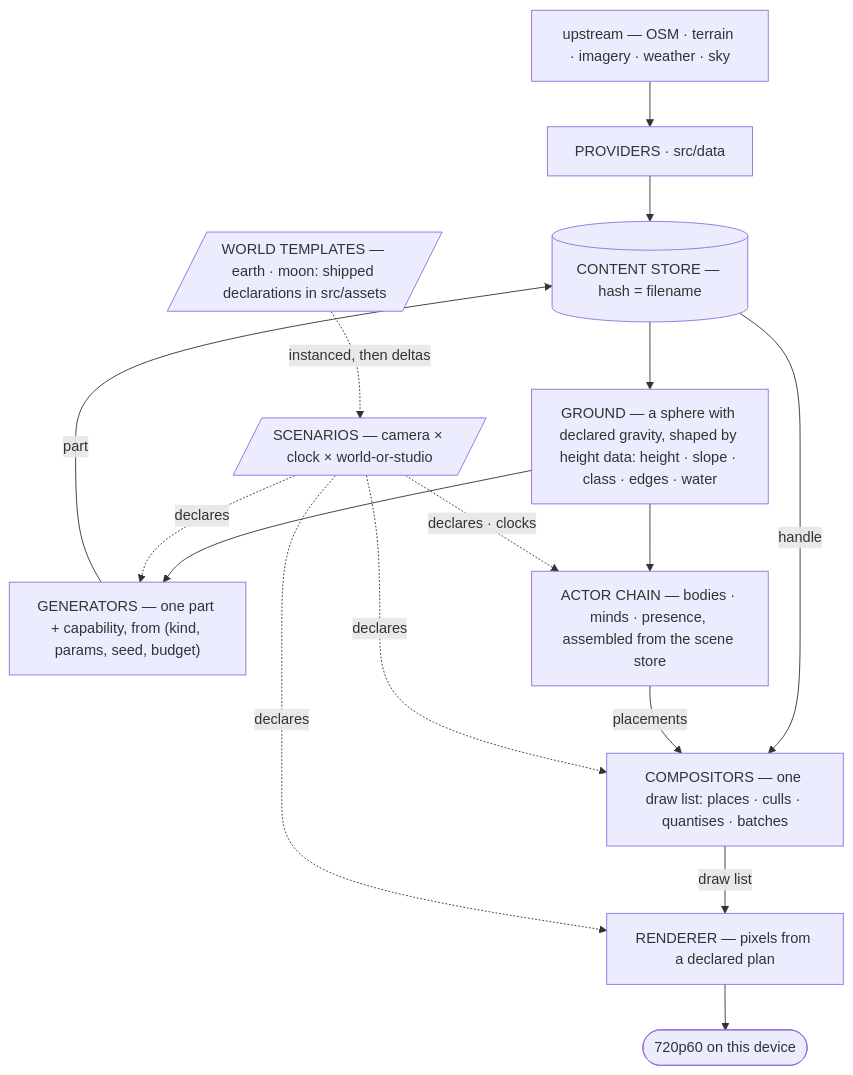
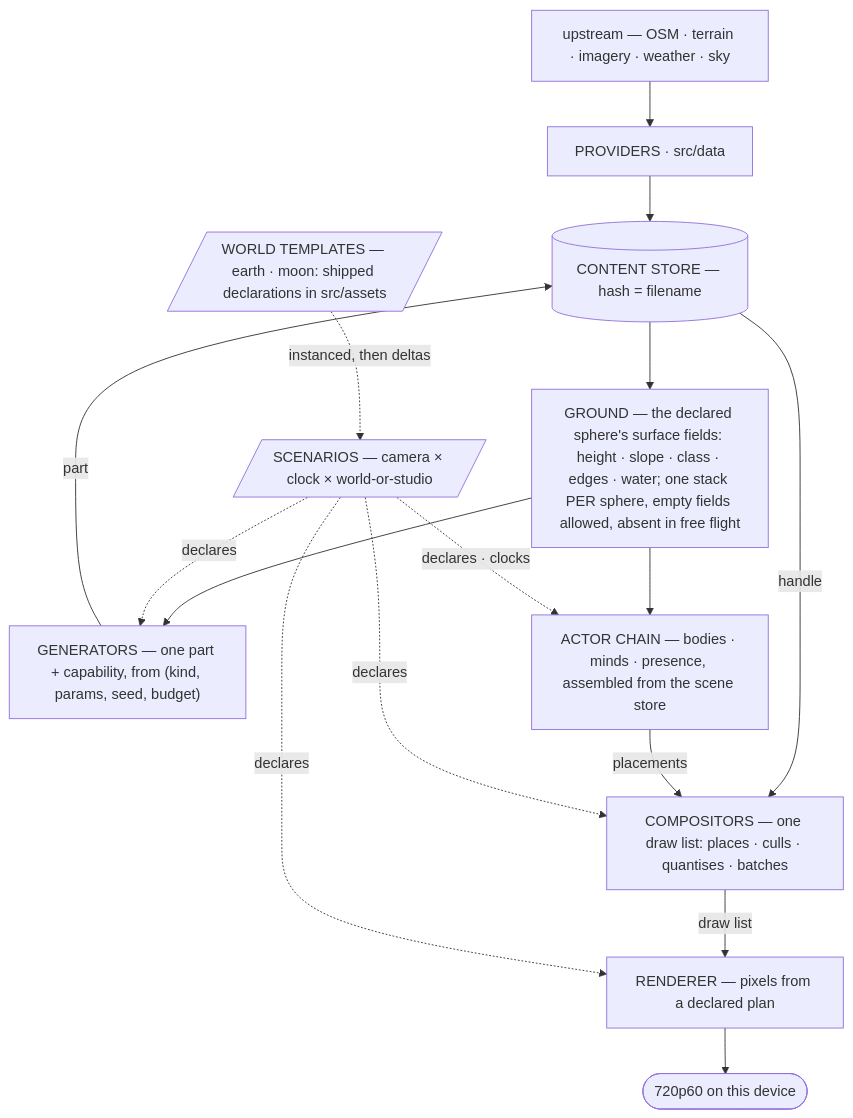
The first of 11 diagrams in CLAUDE.md (Weichwolf/outshine), drawn with Mermaid before and after one commit. The commit also changed other lines of this file, not shown here.

Commit message:
CLAUDE.md: GROUND is no planet -- the surface-field stack of whichever sphere is declared, per sphere, empty-capable, absent in free flight

````diff
--- a/CLAUDE.md
+++ b/CLAUDE.md
@@ -23,21 +23,21 @@
 ```mermaid
 flowchart TD
   upstream["upstream — OSM · terrain · imagery · weather · sky"]
   providers["PROVIDERS · src/data"]
   store[("CONTENT STORE — hash = filename")]
-  field["GROUND — a sphere with declared gravity, shaped by height data: height · slope · class · edges · water"]
+  field["GROUND — the declared sphere's surface fields: height · slope · class · edges · water; one stack PER sphere, empty fields allowed, absent in free flight"]
   gen["GENERATORS — one part + capability, from (kind, params, seed, budget)"]
   comp["COMPOSITORS — one draw list: places · culls · quantises · batches"]
   rend["RENDERER — pixels from a declared plan"]
   frame(["720p60 on this device"])
   scen[/"SCENARIOS — camera × clock × world-or-studio"/]
 
   actors["ACTOR CHAIN — bodies · minds · presence, assembled from the scene store"]
 
   upstream --> providers --> store --> field --> gen
   gen -->|part| store -->|handle| comp -->|draw list| rend --> frame
   field --> actors -->|placements| comp
   scen -.->|declares| gen & comp & rend
   scen -.->|declares · clocks| actors
   tmpl[/"WORLD TEMPLATES — earth · moon: shipped declarations in src/assets"/] -.->|instanced, then deltas| scen
 ```
````
